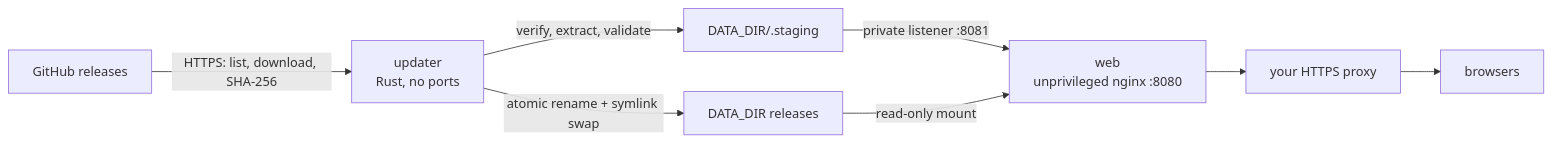
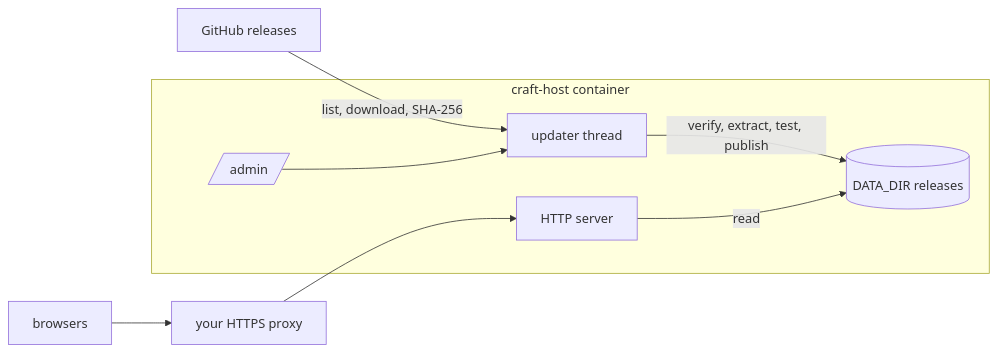
The diagram in README.md (AurelioB/craft-server), drawn with Mermaid before and after one commit. The commit also changed other lines of this file and 7 other files, not shown here.

Commit message:
docs: document the single-binary host, admin authentication and idle activation

````diff
--- a/README.md
+++ b/README.md
@@ -11,9 +12,11 @@
 ```mermaid
 flowchart LR
-  GH[GitHub releases] -->|HTTPS: list, download, SHA-256| U[updater<br/>Rust, no ports]
-  U -->|verify, extract, validate| S[DATA_DIR/.staging]
-  S -->|private listener :8081| W
-  U -->|atomic rename + symlink swap| D[DATA_DIR releases]
-  D -->|read-only mount| W[web<br/>unprivileged nginx :8080]
-  W --> P[your HTTPS proxy] --> B[browsers]
+  GH[GitHub releases] -->|list, download, SHA-256| U
+  subgraph host [craft-host container]
+    U[updater thread] -->|verify, extract, test, publish| D[(DATA_DIR releases)]
+    S[HTTP server] -->|read| D
+    A[/admin/] --> U
+  end
+  P[your HTTPS proxy] --> S
+  B[browsers] --> P
 ```
````
